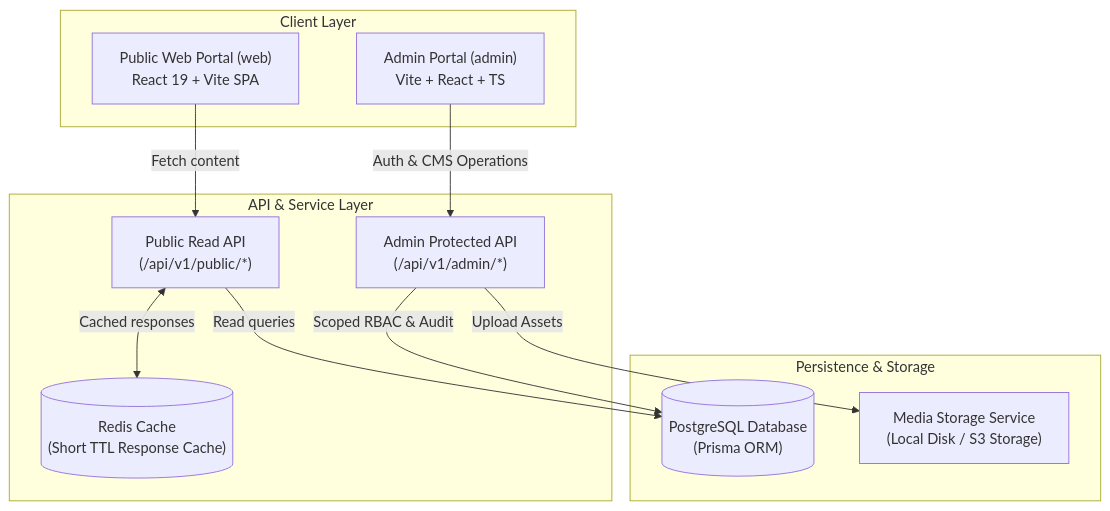
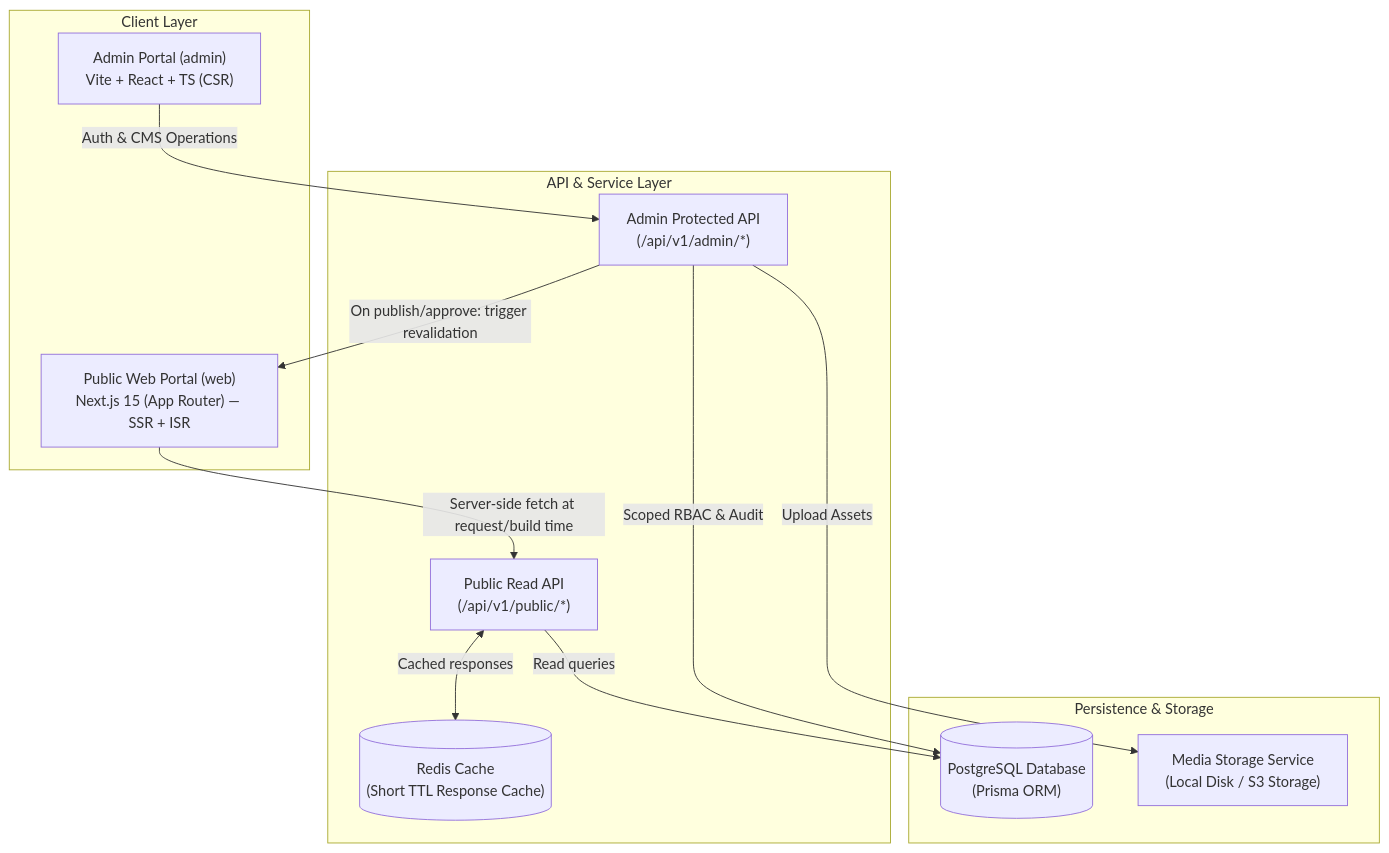
One commit to Prathmesh2602/MahaPrisons changed the first of 2 diagrams in docs/CMS-ARCHITECTURE-PLAN.md. Above: the diagram before and after it, drawn with Mermaid. The commit also changed other lines of this file and 1 other file, not shown here.

Commit message:
refactor: migrate public web app from Vite SPA to Next.js 15 with ISR and on-demand revalidation

````diff
--- a/docs/CMS-ARCHITECTURE-PLAN.md
+++ b/docs/CMS-ARCHITECTURE-PLAN.md
@@ -21,26 +21,27 @@
 ```mermaid
 flowchart TD
     subgraph Clients ["Client Layer"]
-        PublicWeb["Public Web Portal (web)<br/>React 19 + Vite SPA"]
-        AdminPortal["Admin Portal (admin)<br/>Vite + React + TS"]
+        PublicWeb["Public Web Portal (web)<br/>Next.js 15 (App Router) — SSR + ISR"]
+        AdminPortal["Admin Portal (admin)<br/>Vite + React + TS (CSR)"]
     end
 
     subgraph API Gateway ["API & Service Layer"]
         PublicAPI["Public Read API<br/>(/api/v1/public/*)"]
         AdminAPI["Admin Protected API<br/>(/api/v1/admin/*)"]
         RedisCache[("Redis Cache<br/>(Short TTL Response Cache)")]
     end
 
     subgraph Data Layer ["Persistence & Storage"]
         DB[("PostgreSQL Database<br/>(Prisma ORM)")]
         MediaStore["Media Storage Service<br/>(Local Disk / S3 Storage)"]
     end
 
-    PublicWeb -->|Fetch content| PublicAPI
+    PublicWeb -->|Server-side fetch at request/build time| PublicAPI
     PublicAPI <-->|Cached responses| RedisCache
     PublicAPI -->|Read queries| DB
-    
+
     AdminPortal -->|Auth & CMS Operations| AdminAPI
     AdminAPI -->|Scoped RBAC & Audit| DB
     AdminAPI -->|Upload Assets| MediaStore
+    AdminAPI -->|On publish/approve: trigger revalidation| PublicWeb
 ```
````
